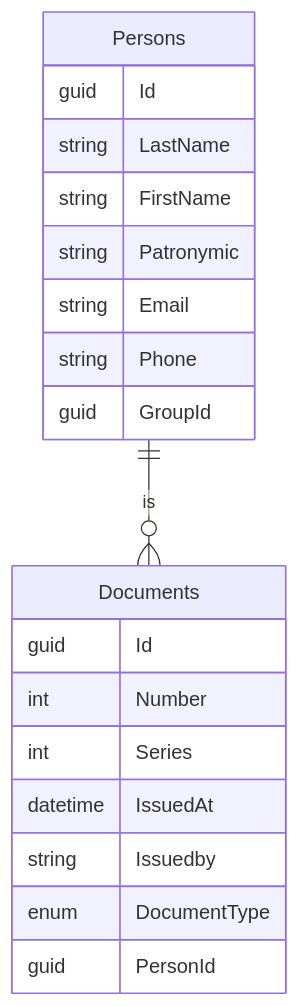
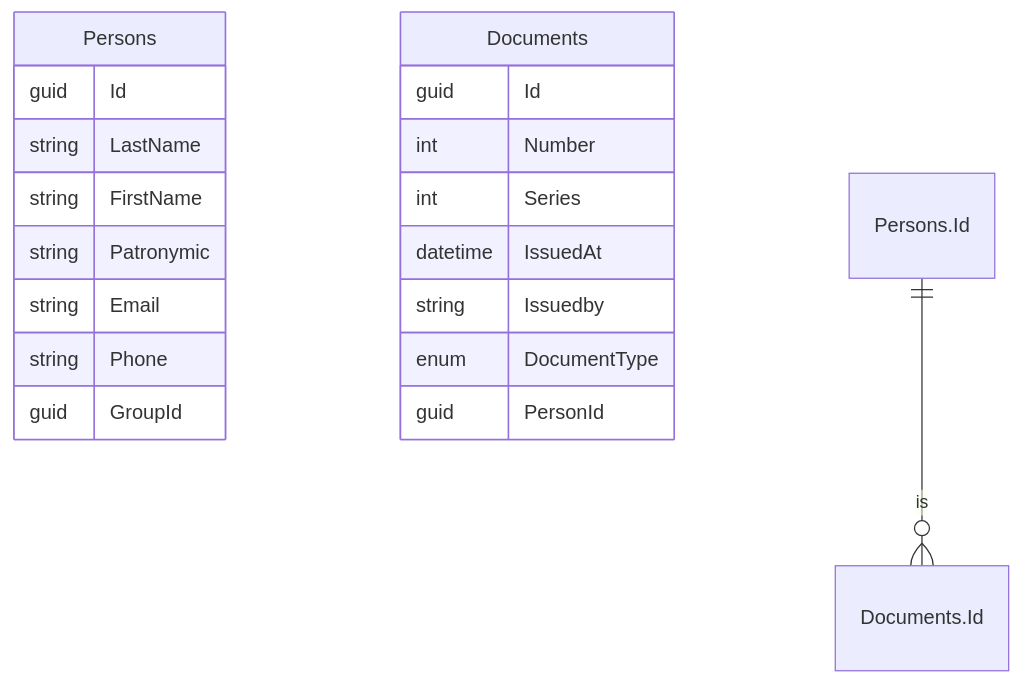
Before and after one commit to SlavaNik16/Accessories_PC_Nik_Api: the diagram in README.md, drawn with Mermaid.

````diff
--- a/README.md
+++ b/README.md
@@ -5,22 +5,22 @@
 ```mermaid
 erDiagram
     Persons {
         guid Id
         string LastName
         string FirstName
         string Patronymic
         string Email
         string Phone
         guid GroupId
     }
     Documents {
         guid Id
         int Number
         int Series
         datetime IssuedAt
         string Issuedby
         enum DocumentType
         guid PersonId
     }
-Persons ||--o{ Documents: is
+Persons.Id ||--o{ Documents.Id: is
 ```
````
